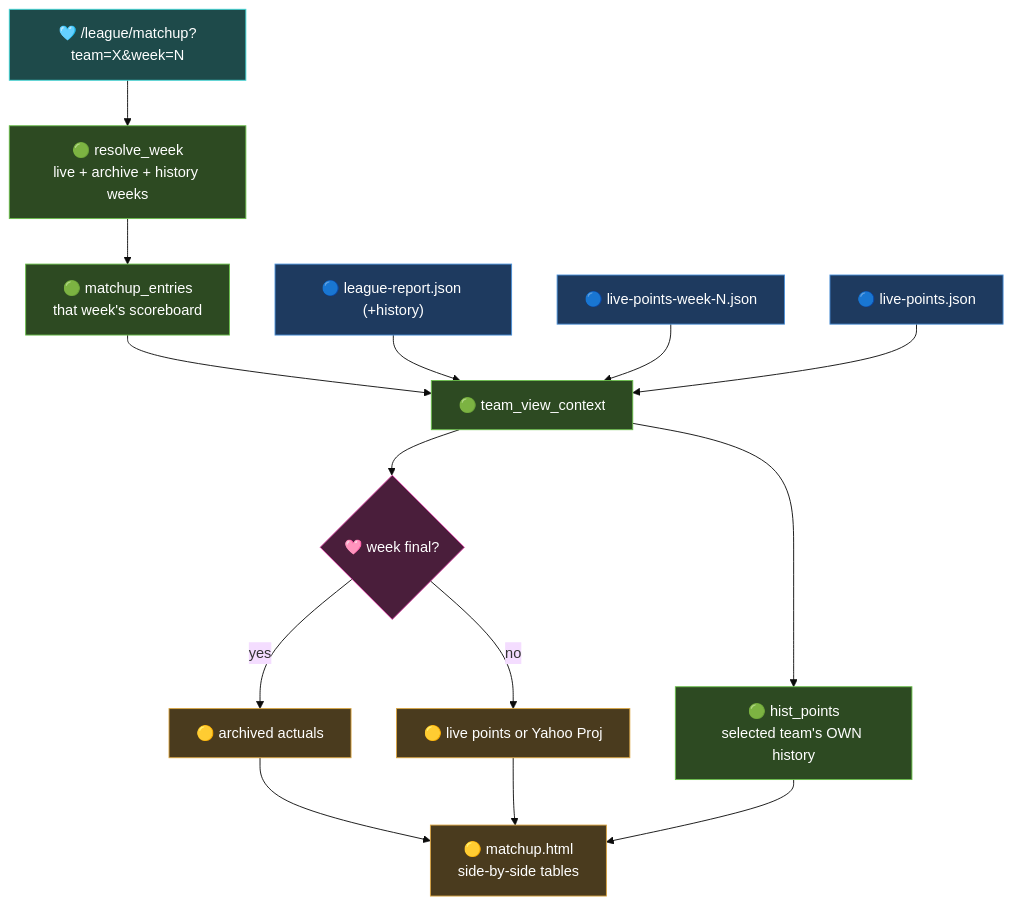
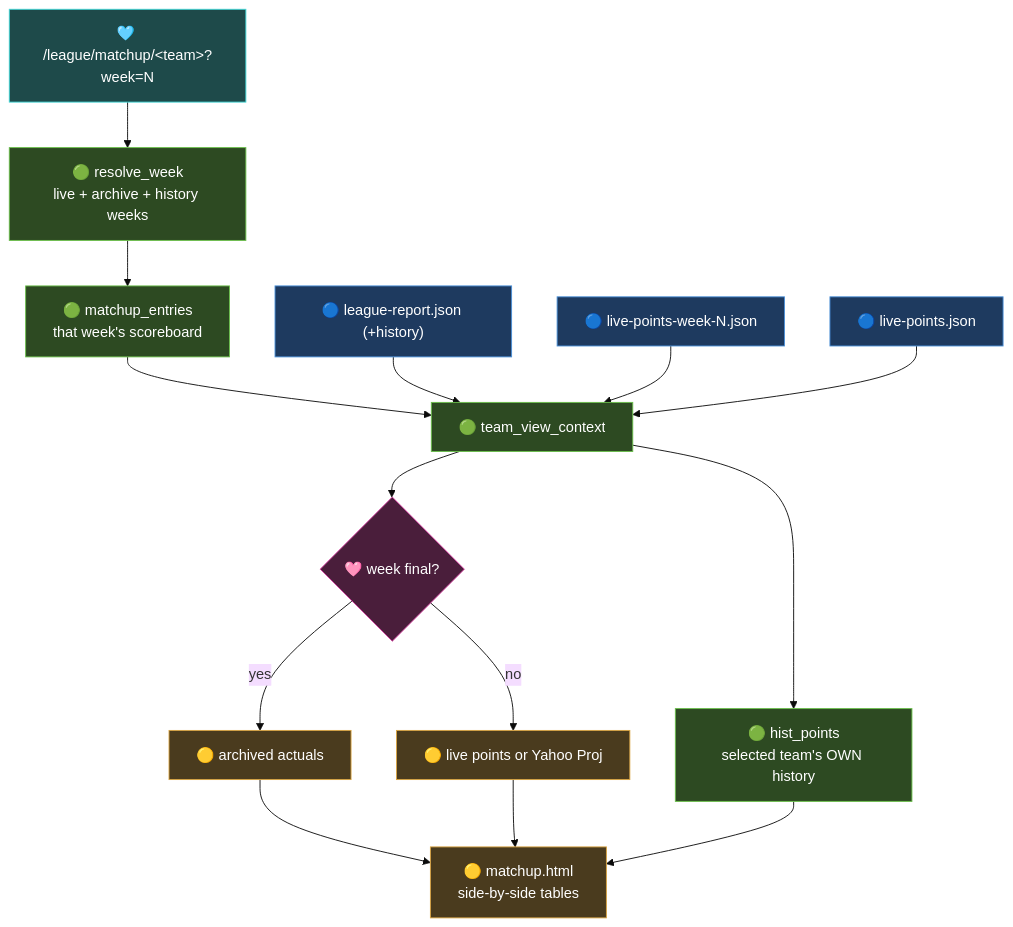
Before and after one commit to m0n3r0/nfl: the second of 4 diagrams in docs/code/RUST_WEB.md, drawn with Mermaid (base theme). The commit also changed other lines of this file and 9 other files, not shown here.

````diff
--- a/docs/code/RUST_WEB.md
+++ b/docs/code/RUST_WEB.md
@@ -96,25 +98,25 @@
 ```mermaid
 flowchart TD
-    REQ["🩵 /league/matchup?team=X&week=N"] --> WK["🟢 resolve_week<br/>live + archive + history weeks"]
+    REQ["🩵 /league/matchup/&lt;team&gt;?week=N"] --> WK["🟢 resolve_week<br/>live + archive + history weeks"]
     WK --> OPP["🟢 matchup_entries<br/>that week's scoreboard"]
     OPP --> CTX["🟢 team_view_context"]
     REP["🔵 league-report.json (+history)"] --> CTX
     ARCH["🔵 live-points-week-N.json"] --> CTX
     LIVE["🔵 live-points.json"] --> CTX
     CTX --> PTS{"🩷 week final?"}
     PTS -->|yes| ACT["🟡 archived actuals"]
     PTS -->|no| NOW["🟡 live points or Yahoo Proj"]
     ACT & NOW --> TPL["🟡 matchup.html<br/>side-by-side tables"]
     CTX --> HIST["🟢 hist_points<br/>selected team's OWN history"]
     HIST --> TPL
     classDef in fill:#1e3a5f,stroke:#4a90d9,color:#fff
     classDef fn fill:#2d4a22,stroke:#6abf4b,color:#fff
     classDef out fill:#4a3b1e,stroke:#d9a441,color:#fff
     classDef guard fill:#4a1e3b,stroke:#d941a4,color:#fff
     classDef entry fill:#1e4a4a,stroke:#41d9d9,color:#fff
     class REP,ARCH,LIVE in
     class REQ entry
     class WK,OPP,CTX,HIST fn
     class ACT,NOW,TPL out
     class PTS guard
 ```
````
